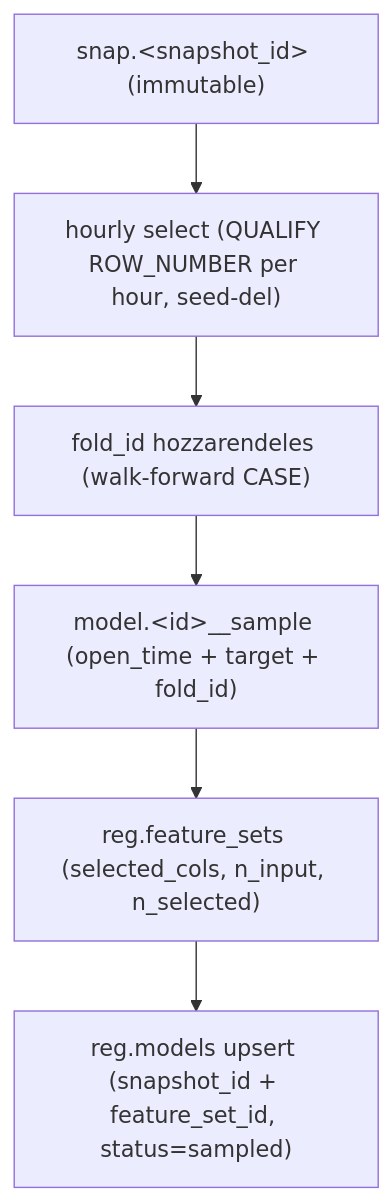
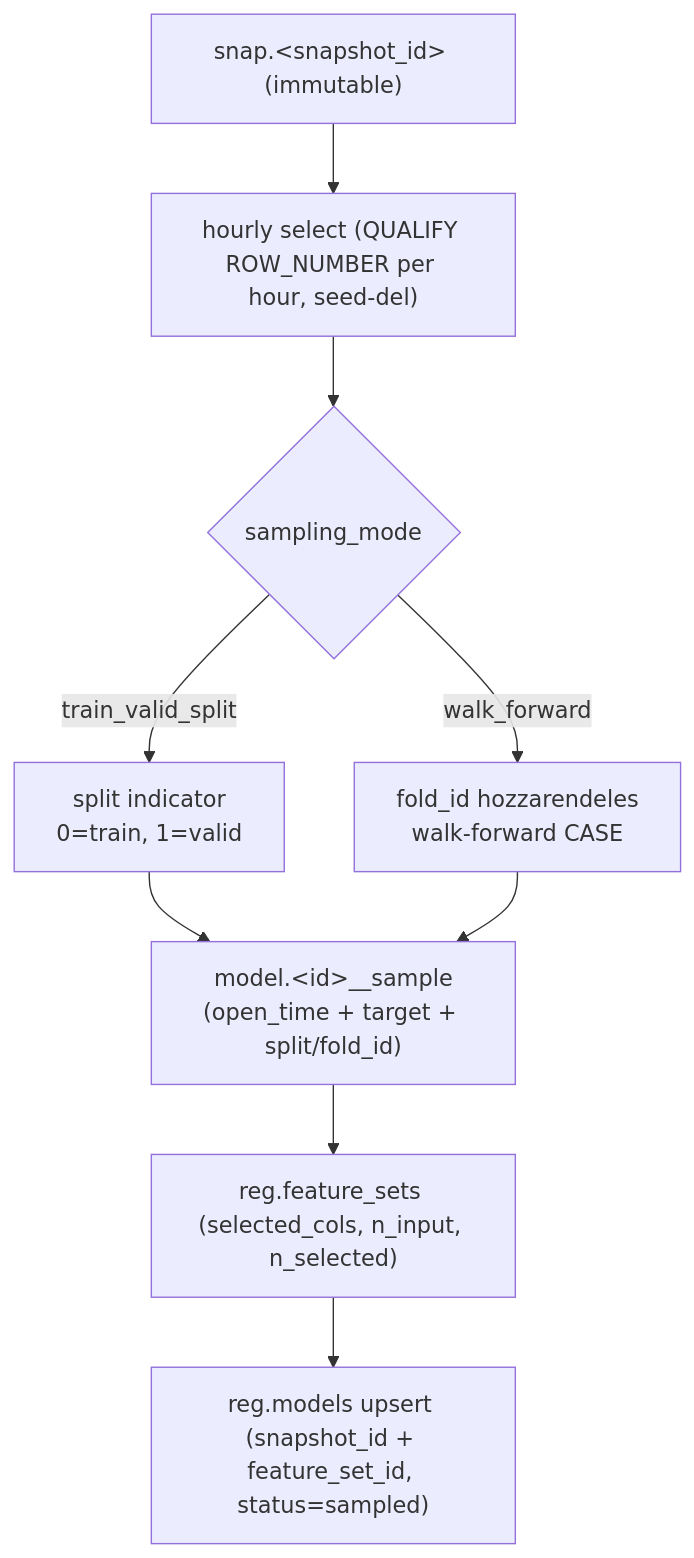
One commit to Nemesis14/chronoquant changed the third of 10 diagrams in _doc_/database_and_code_doc/0004_model_lifecycle.md. Above: the diagram before and after it, drawn with Mermaid. The commit also changed other lines of this file and 1415 other files, not shown here.

````diff
--- a/_doc_/database_and_code_doc/0004_model_lifecycle.md
+++ b/_doc_/database_and_code_doc/0004_model_lifecycle.md
@@ -72,12 +76,16 @@
 ```mermaid
 flowchart TD
   SNAP["snap.&lt;snapshot_id&gt; (immutable)"]
   HOURLY["hourly select (QUALIFY ROW_NUMBER per hour, seed-del)"]
-  FOLD["fold_id hozzarendeles (walk-forward CASE)"]
-  SAMP_T["model.&lt;id&gt;__sample (open_time + target + fold_id)"]
+  MODE{sampling_mode}
+  SPLIT["split indicator\n0=train, 1=valid"]
+  FOLD["fold_id hozzarendeles\nwalk-forward CASE"]
+  SAMP_T["model.&lt;id&gt;__sample\n(open_time + target + split/fold_id)"]
   FS["reg.feature_sets (selected_cols, n_input, n_selected)"]
   REG_M["reg.models upsert (snapshot_id + feature_set_id, status=sampled)"]
 
-  SNAP --> HOURLY --> FOLD --> SAMP_T
+  SNAP --> HOURLY --> MODE
+  MODE -- train_valid_split --> SPLIT --> SAMP_T
+  MODE -- walk_forward --> FOLD --> SAMP_T
   SAMP_T --> FS --> REG_M
 ```
````
